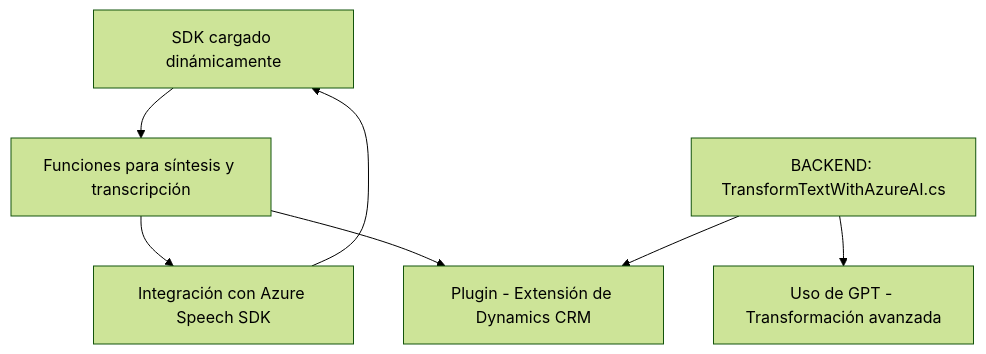
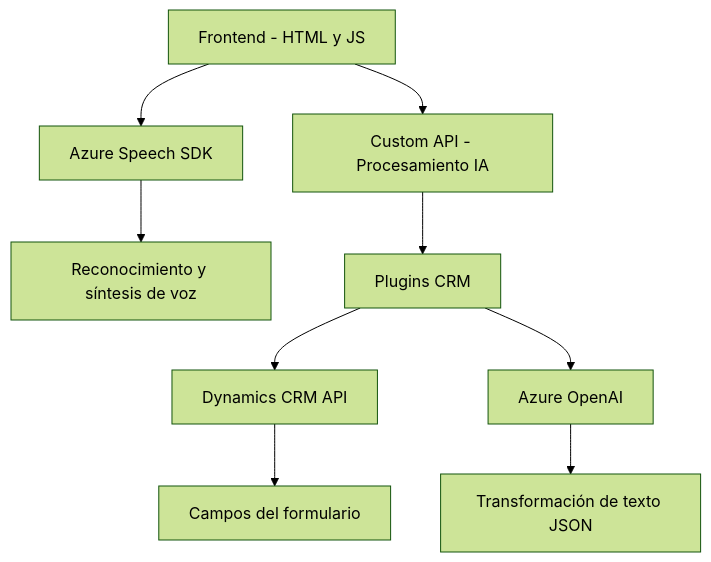
The diagram in README.md (blopezdm/NETCORE_BILBAO2025), drawn with Mermaid (forest theme) before and after one commit. The commit also changed other lines of this file, not shown here.

Commit message:
Actualizar análisis global de la solución con IA

````diff
--- a/README.md
+++ b/README.md
@@ -33,16 +40,11 @@
 ```mermaid
 graph TD
-  A["FRONTEND: VozInput.js"]
-  B["FRONTEND: VoiceInputHandler.js"]
-  C["BACKEND: TransformTextWithAzureAI.cs"]
-  D["Azure Speech SDK"]
-  E["Microsoft Dynamics CRM API"]
-  F["Azure OpenAI API"]
-
-  A --> B["Funciones para síntesis y transcripción"]
-  B --> D["Integración con Azure Speech SDK"]
-  B --> E["Interacción con Dynamics API"]
-  C --> E["Plugin - Extensión de Dynamics CRM"]
-  C --> F["Uso de GPT - Transformación avanzada"]
-  D --> A["SDK cargado dinámicamente"]
+    A["Frontend - HTML y JS"] --> B["Azure Speech SDK"]
+    A --> C["Custom API - Procesamiento IA"]
+    B --> D["Reconocimiento y síntesis de voz"]
+    C --> E["Plugins CRM"]
+    E --> F["Dynamics CRM API"]
+    E --> G["Azure OpenAI"]
+    F --> H["Campos del formulario"]
+    G --> I["Transformación de texto JSON"]
 ```
````
